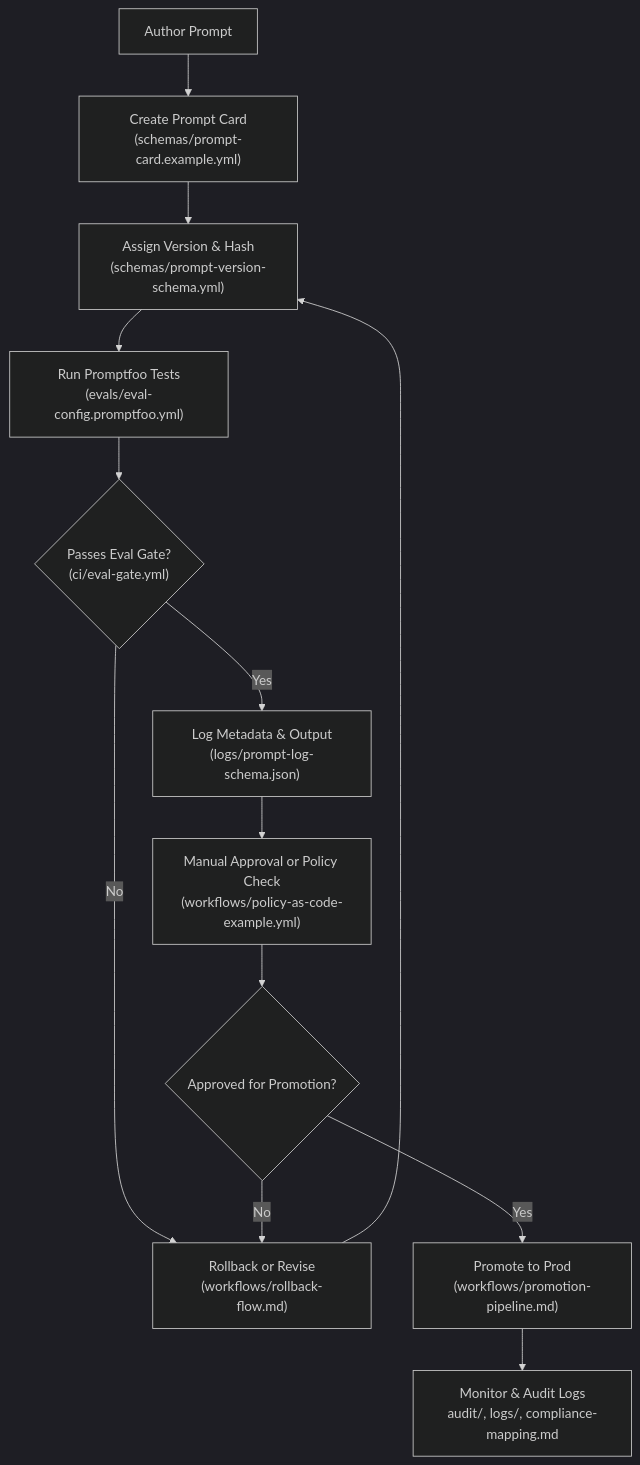
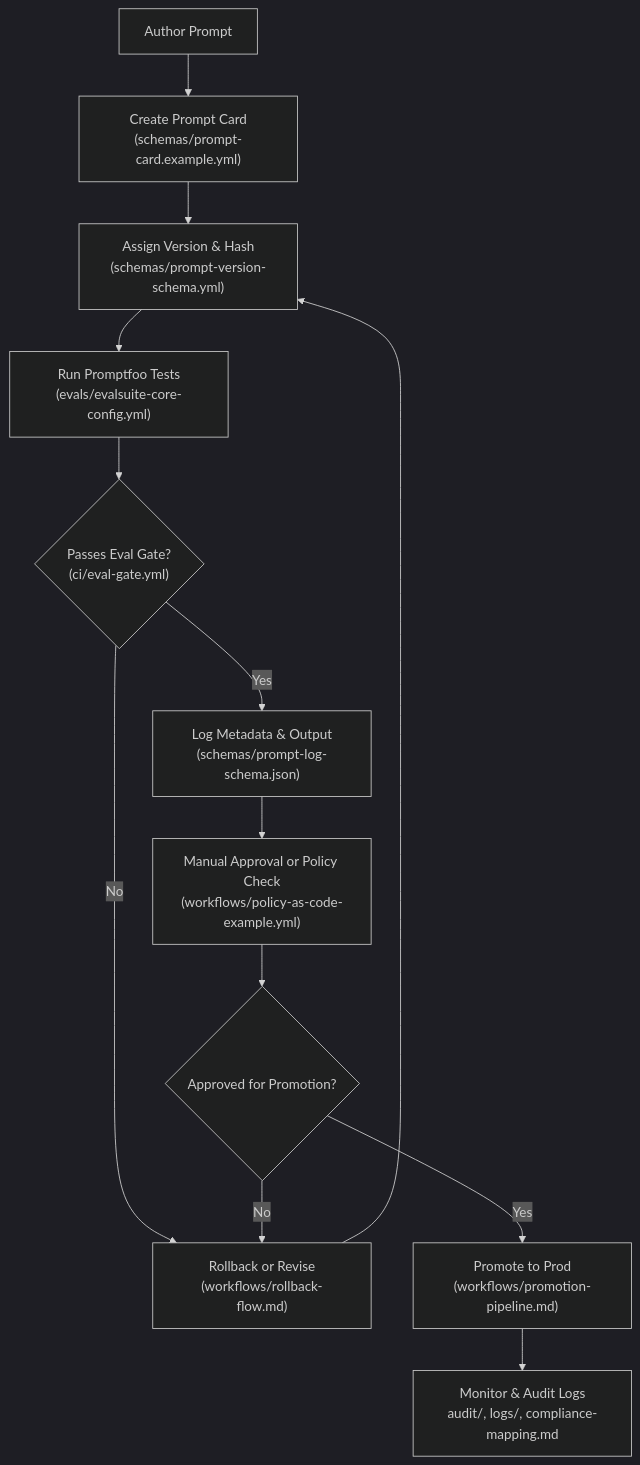
The diagram in workflows/prompt-lifecycle-diagram.md (PromptDeploy/promptops-lifecycle-governance), drawn with Mermaid (dark theme) before and after one commit. The commit also changed other lines of this file and 35 other files, not shown here.

Commit message:
docs: rename key PromptOps components + update schema references

````diff
--- a/workflows/prompt-lifecycle-diagram.md
+++ b/workflows/prompt-lifecycle-diagram.md
@@ -5,16 +5,16 @@
 ```mermaid
 flowchart TD
   A[Author Prompt] --> B["Create Prompt Card\n(schemas/prompt-card.example.yml)"]
   B --> C["Assign Version & Hash\n(schemas/prompt-version-schema.yml)"]
-  C --> D["Run Promptfoo Tests\n(evals/eval-config.promptfoo.yml)"]
+  C --> D["Run Promptfoo Tests\n(evals/evalsuite-core-config.yml)"]
   D --> E{"Passes Eval Gate?\n(ci/eval-gate.yml)"}
   E -- No --> R["Rollback or Revise\n(workflows/rollback-flow.md)"]
-  E -- Yes --> F["Log Metadata & Output\n(logs/prompt-log-schema.json)"]
+  E -- Yes --> F["Log Metadata & Output\n(schemas/prompt-log-schema.json)"]
   F --> G["Manual Approval or Policy Check\n(workflows/policy-as-code-example.yml)"]
   G --> H{"Approved for Promotion?"}
   H -- No --> R
   H -- Yes --> I["Promote to Prod\n(workflows/promotion-pipeline.md)"]
   I --> Z["Monitor & Audit Logs\naudit/, logs/, compliance-mapping.md"]
 
   R --> C
 ```
````
